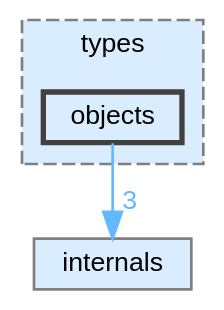
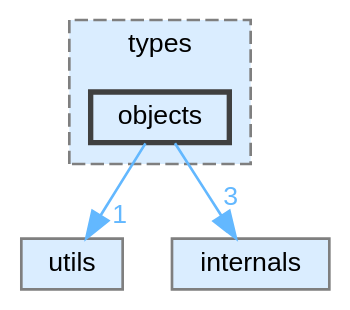
The diagram in dir_6f679e7a520f311039e4f0b30094b878_dep.dot (JS-CMP/JS-CMP), drawn with Graphviz before and after one commit. The commit also changed 168 other files, not shown here.

```diff
--- a/dir_6f679e7a520f311039e4f0b30094b878_dep.dot
+++ b/dir_6f679e7a520f311039e4f0b30094b878_dep.dot
@@ -1,14 +1,16 @@
 digraph "includes/types/objects"
 {
  // LATEX_PDF_SIZE
   bgcolor="transparent";
   edge [fontname=Helvetica,fontsize=10,labelfontname=Helvetica,labelfontsize=10];
   node [fontname=Helvetica,fontsize=10,shape=box,height=0.2,width=0.4];
   compound=true
   subgraph clusterdir_00373071588607d1d83d0faa600e52a0 {
     graph [ bgcolor="#daedff", pencolor="grey50", label="types", fontname=Helvetica,fontsize=10 style="filled,dashed", URL="dir_00373071588607d1d83d0faa600e52a0.html",tooltip=""]
   dir_6f679e7a520f311039e4f0b30094b878 [label="objects", fillcolor="#daedff", color="grey25", style="filled,bold", URL="dir_6f679e7a520f311039e4f0b30094b878.html",tooltip=""];
   }
+  dir_3f8feeb2fa3bd0d1b751b257ed9f12a2 [label="utils", fillcolor="#daedff", color="grey50", style="filled", URL="dir_3f8feeb2fa3bd0d1b751b257ed9f12a2.html",tooltip=""];
   dir_a9d9b9bbf15479e3064110165d860e33 [label="internals", fillcolor="#daedff", color="grey50", style="filled", URL="dir_a9d9b9bbf15479e3064110165d860e33.html",tooltip=""];
-  dir_6f679e7a520f311039e4f0b30094b878->dir_a9d9b9bbf15479e3064110165d860e33 [headlabel="3", labeldistance=1.5 headhref="dir_000014_000008.html" href="dir_000014_000008.html" color="steelblue1" fontcolor="steelblue1"];
+  dir_6f679e7a520f311039e4f0b30094b878->dir_3f8feeb2fa3bd0d1b751b257ed9f12a2 [headlabel="1", labeldistance=1.5 headhref="dir_000015_000023.html" href="dir_000015_000023.html" color="steelblue1" fontcolor="steelblue1"];
+  dir_6f679e7a520f311039e4f0b30094b878->dir_a9d9b9bbf15479e3064110165d860e33 [headlabel="3", labeldistance=1.5 headhref="dir_000015_000008.html" href="dir_000015_000008.html" color="steelblue1" fontcolor="steelblue1"];
 }
```
